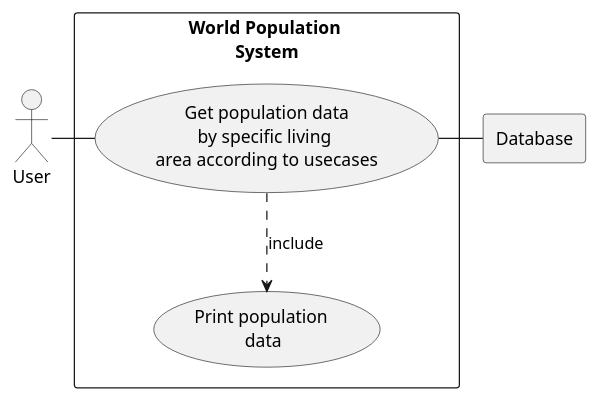
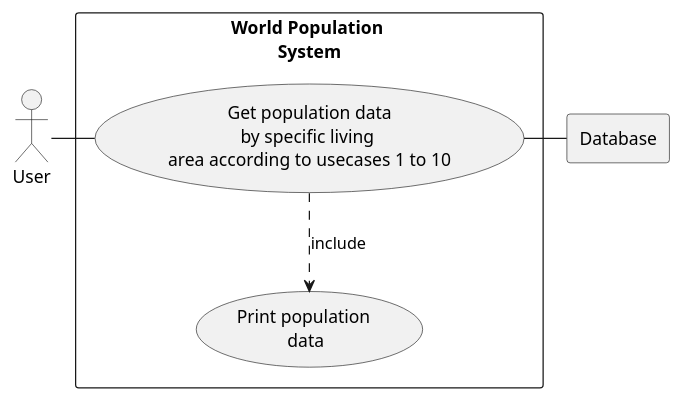
One commit to zawye-imu/nproject-9 changed the diagram in use-cases/World Population System.puml. Above: the diagram before and after it, drawn with PlantUML.

Commit message:
Update World Population System.puml

```diff
--- a/use-cases/World Population System.puml
+++ b/use-cases/World Population System.puml
@@ -1,16 +1,16 @@
 @startuml
-actor HR as "User"
+actor Statistician as "User"
 
 rectangle Database
 
 rectangle "World Population \nSystem" {
     usecase UC4 as "Get population data
-    by specific living \narea according to usecases"
+    by specific living \narea according to usecases 1 to 10"
 
     usecase UCa as "Print population \ndata"
 
-    HR - UC4
+    Statistician - UC4
     UC4 ..> UCa : include
     UC4 - Database
 }
 @enduml
```
